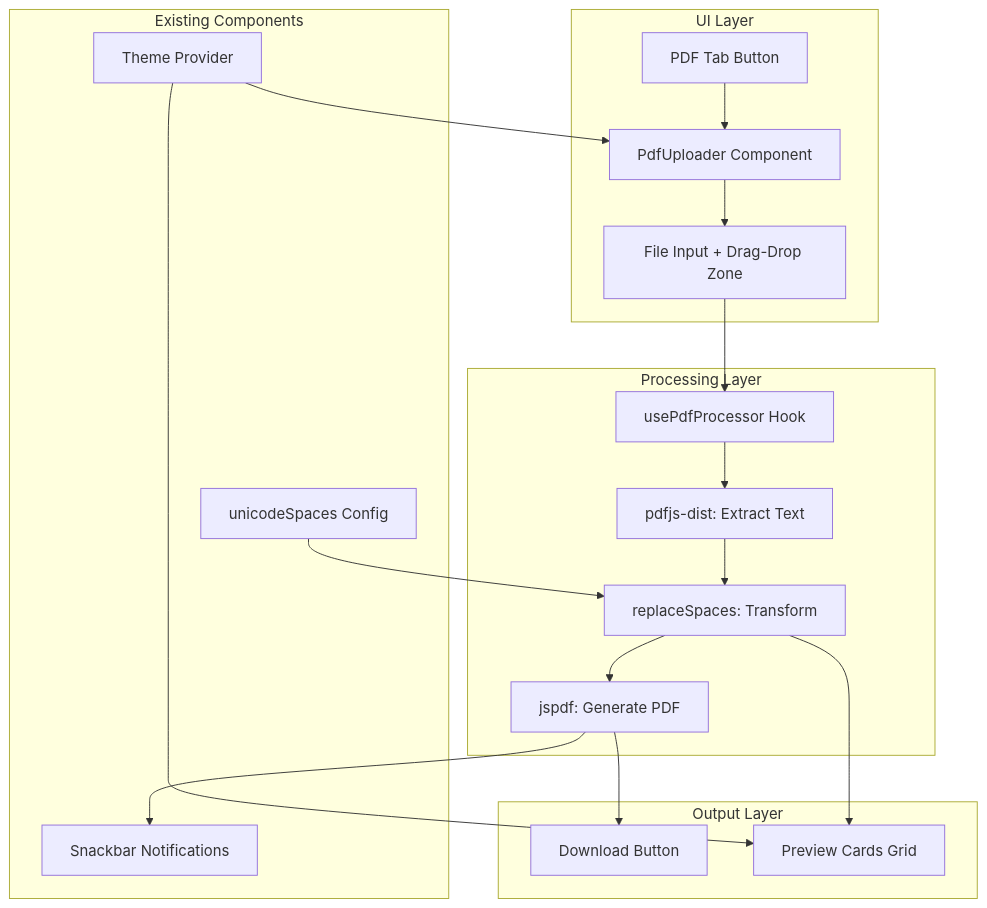
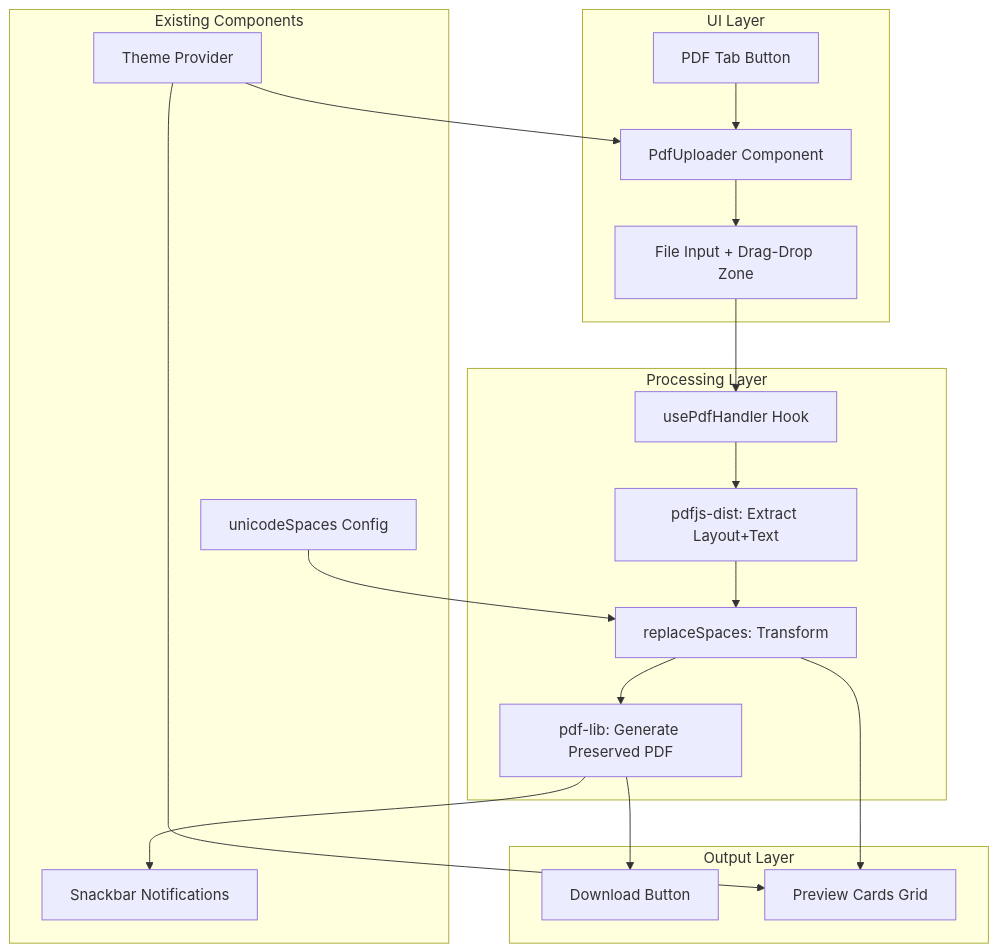
The first of 4 diagrams in docs/PDF_FEATURE_ARCHITECTURE.md (MasuRii/zero-zerogpt), drawn with Mermaid before and after one commit. The commit also changed other lines of this file and 19 other files, not shown here.

First line of the commit message:
feat(pdf): add font preservation and page layout maintenance

````diff
--- a/docs/PDF_FEATURE_ARCHITECTURE.md
+++ b/docs/PDF_FEATURE_ARCHITECTURE.md
@@ -172,30 +173,30 @@
 ```mermaid
 flowchart TB
     subgraph UI Layer
         A[PDF Tab Button] --> B[PdfUploader Component]
         B --> C[File Input + Drag-Drop Zone]
     end
     
     subgraph Processing Layer
-        C --> D[usePdfProcessor Hook]
-        D --> E[pdfjs-dist: Extract Text]
+        C --> D[usePdfHandler Hook]
+        D --> E[pdfjs-dist: Extract Layout+Text]
         E --> F[replaceSpaces: Transform]
-        F --> G[jspdf: Generate PDF]
+        F --> G[pdf-lib: Generate Preserved PDF]
     end
     
     subgraph Output Layer
         G --> H[Download Button]
         F --> I[Preview Cards Grid]
     end
     
     subgraph Existing Components
         J[unicodeSpaces Config]
         K[Theme Provider]
         L[Snackbar Notifications]
     end
     
     J --> F
     K --> B
     K --> I
     G --> L
 ```
````
